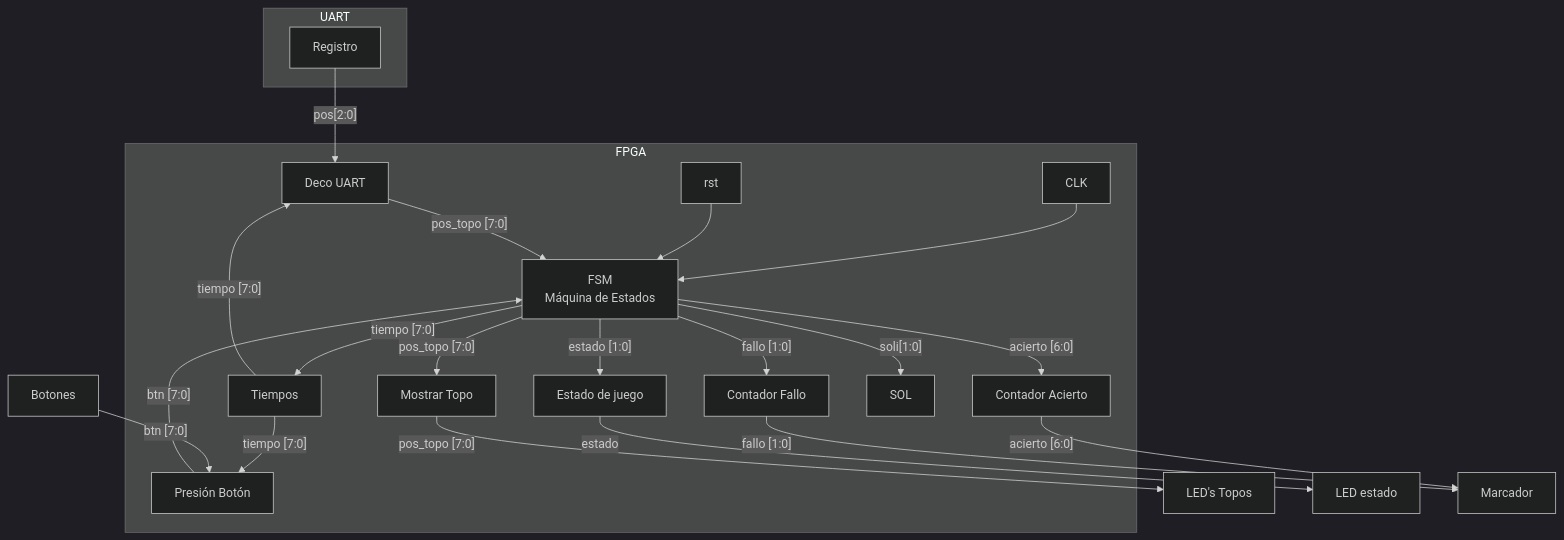
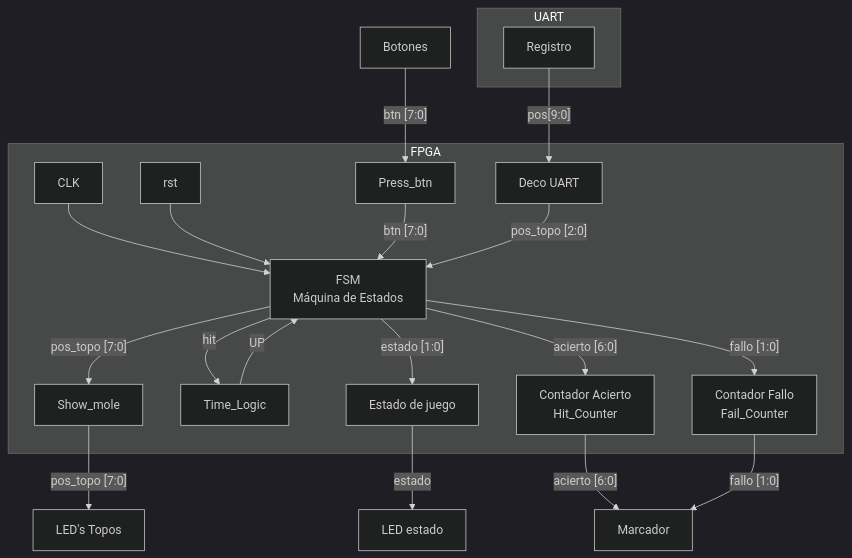
Before and after one commit to Taller-de-diseno-digital-GR01/Proyecto-1-Whack-a-mole: the diagram in Diagramas/diagrama_FPGA.mermaid, drawn with Mermaid (dark theme). The commit also changed 1 other file, not shown here.

Commit message:
Correciones de Diagrama de FPGA

```diff
--- a/Diagramas/diagrama_FPGA.mermaid
+++ b/Diagramas/diagrama_FPGA.mermaid
@@ -1,44 +1,43 @@
 flowchart TD
 
     subgraph UART["UART"]
         REG["Registro"]
     end
 
     subgraph FPGA["FPGA"]
 
-        TOPO["Mostrar Topo"]
-        PRESS["Presión Botón"]
-        TIME["Tiempos"]
+        TOPO["Show_mole"]
+        PRESS["Press_btn"]
+        TIME["Time_Logic"]
         DECO["Deco UART"]
         FSM["FSM<br/>Máquina de Estados"]
         STATE["Estado de juego"]
-        CA["Contador Acierto"]
-        C_F["Contador Fallo"]
+        CA["Contador Acierto"<br/>Hit_Counter]
+        C_F["Contador Fallo"<br/>Fail_Counter]
   
 
         CLK--> FSM
         rst--> FSM
         FSM -->|"pos_topo [7:0]"| TOPO
         PRESS -->|"btn [7:0]"| FSM
-        FSM -->|"tiempo [7:0]"| TIME
+        FSM -->|"hit"| TIME
         FSM -->|"estado [1:0]"| STATE
         FSM -->|"acierto [6:0]"| CA
         FSM -->|"fallo [1:0]"| C_F
-        DECO -->|"pos_topo [7:0]"| FSM
-        FSM -->|"soli[1:0]"| SOL    
-        TIME -->|"tiempo [7:0]"| DECO
-        TIME -->|"tiempo [7:0]"| PRESS   
+        DECO -->|"pos_topo [2:0]"| FSM  
+        TIME -->|"UP"| FSM
+
     end
-    REG -->|"pos[2:0]"| DECO
+    REG -->|"pos[9:0]"| DECO
     BTN["Botones"]
 
     
     LED8["LED's Topos"]
     LED["LED estado"]
     MARK["Marcador"]
     
     TOPO -->|"pos_topo [7:0]"| LED8
     STATE -->|"estado"| LED
     CA -->|"acierto [6:0]"| MARK
     C_F -->|"fallo [1:0]"| MARK
     BTN -->|"btn [7:0]"| PRESS
```
